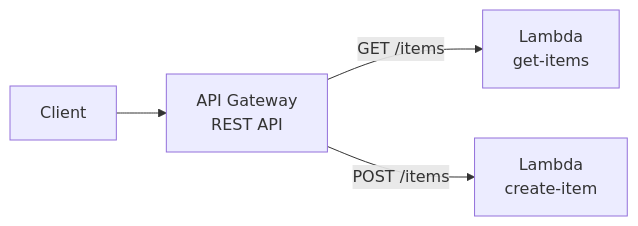
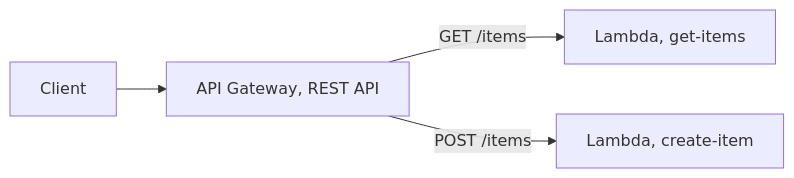
Before and after one commit to DeeptiShuklaProject/Uday_AWS: the second of 2 diagrams in Chapter_09_Amazon_API_Gateway.md, drawn with Mermaid. The commit also changed other lines of this file and 34 other files, not shown here.

Commit message:
Fix mermaid diagrams syntax across all chapters (quote labels and remove HTML)

````diff
--- a/Chapter_09_Amazon_API_Gateway.md
+++ b/Chapter_09_Amazon_API_Gateway.md
@@ -426,6 +426,6 @@
 ```mermaid
 flowchart LR
-    Client[Client] --> APIGW[API Gateway<br>REST API]
-    APIGW -->|GET /items| Lambda[Lambda<br>get-items]
-    APIGW -->|POST /items| Lambda2[Lambda<br>create-item]
+    Client[Client] --> APIGW["API Gateway, REST API"]
+    APIGW -->|GET /items| Lambda["Lambda, get-items"]
+    APIGW -->|POST /items| Lambda2["Lambda, create-item"]
 ```
````
